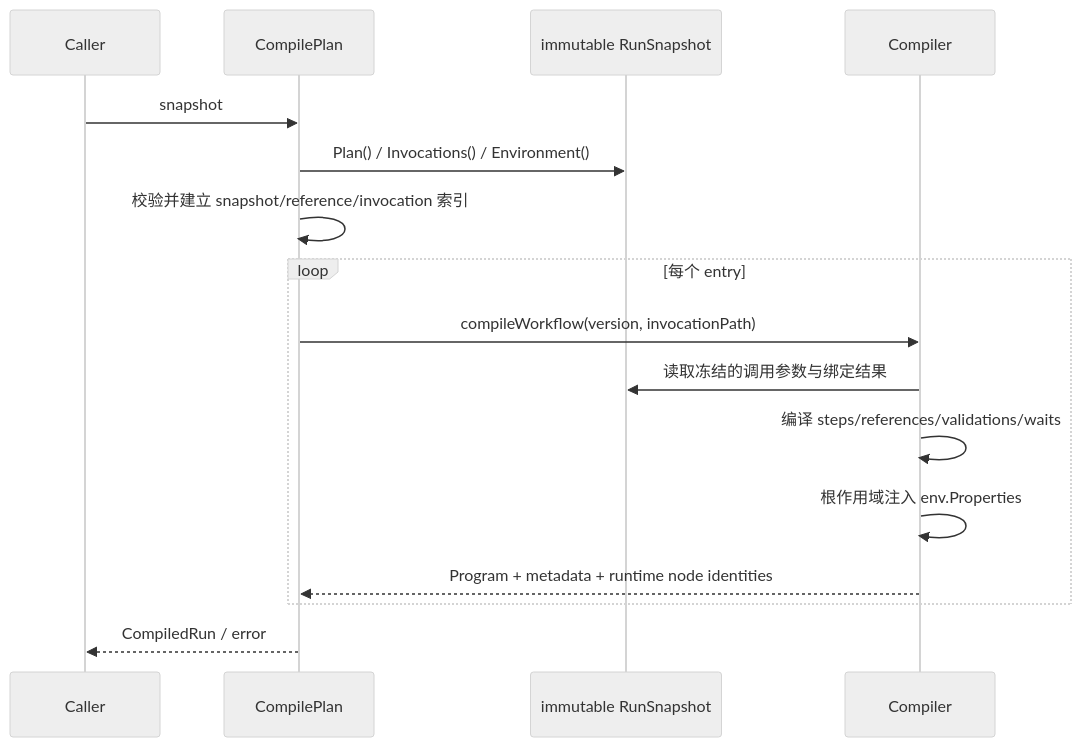
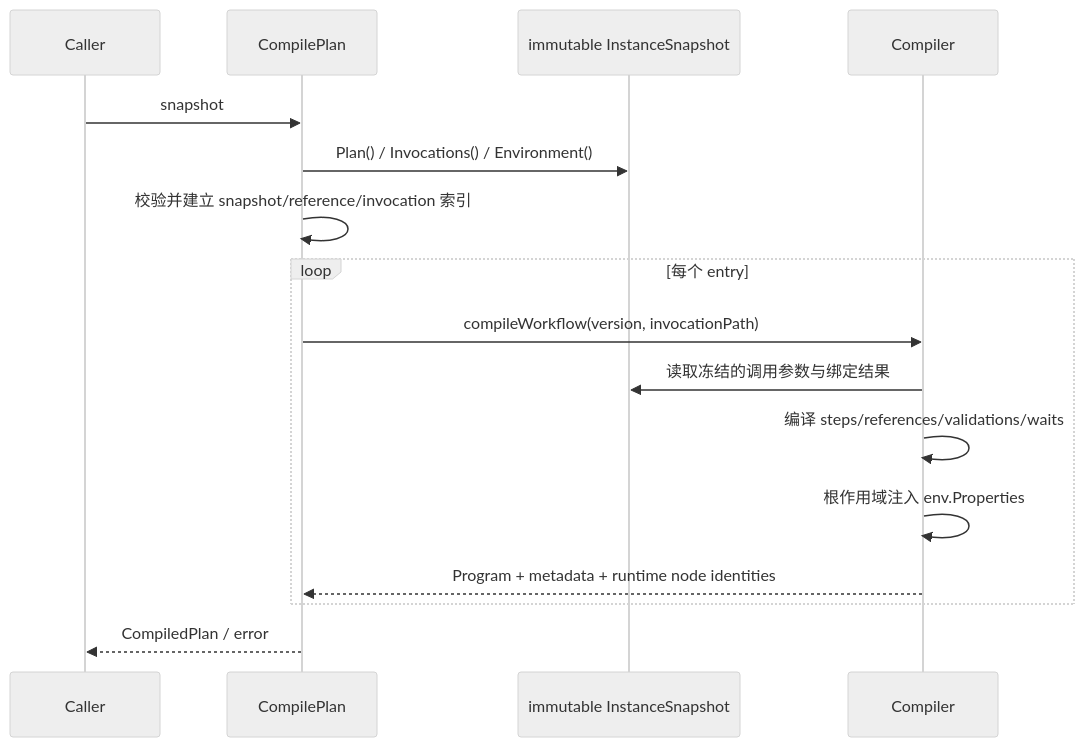
One commit to Capsule7446/healix-core changed the first of 2 diagrams in docs/application/engine/compile-plan.md. Above: the diagram before and after it, drawn with Mermaid (neutral theme). The commit also changed other lines of this file and 380 other files, not shown here.

````diff
--- a/docs/application/engine/compile-plan.md
+++ b/docs/application/engine/compile-plan.md
@@ -44,18 +46,18 @@
 ```mermaid
 sequenceDiagram
     participant Caller
     participant C as CompilePlan
-    participant S as immutable RunSnapshot
+    participant S as immutable InstanceSnapshot
     participant Compiler
     Caller->>C: snapshot
     C->>S: Plan() / Invocations() / Environment()
     C->>C: 校验并建立 snapshot/reference/invocation 索引
     loop 每个 entry
       C->>Compiler: compileWorkflow(version, invocationPath)
       Compiler->>S: 读取冻结的调用参数与绑定结果
       Compiler->>Compiler: 编译 steps/references/validations/waits
       Compiler->>Compiler: 根作用域注入 env.Properties
       Compiler-->>C: Program + metadata + runtime node identities
     end
-    C-->>Caller: CompiledRun / error
+    C-->>Caller: CompiledPlan / error
 ```
````
